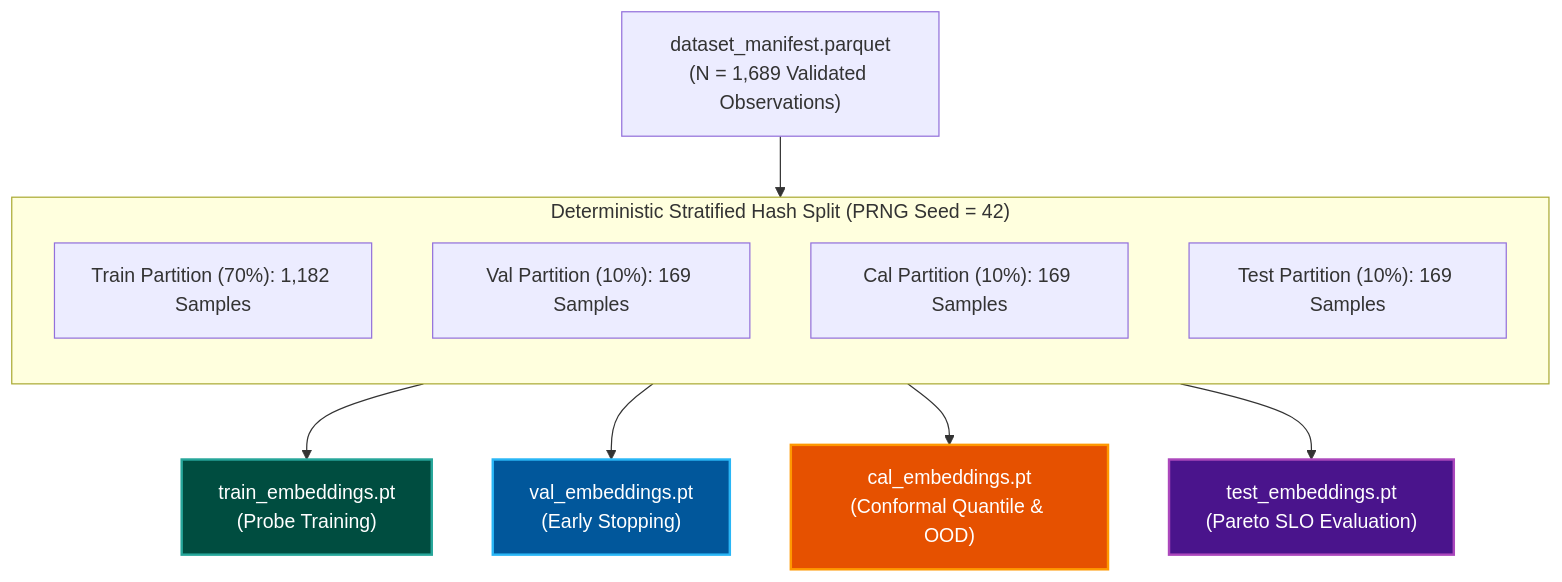
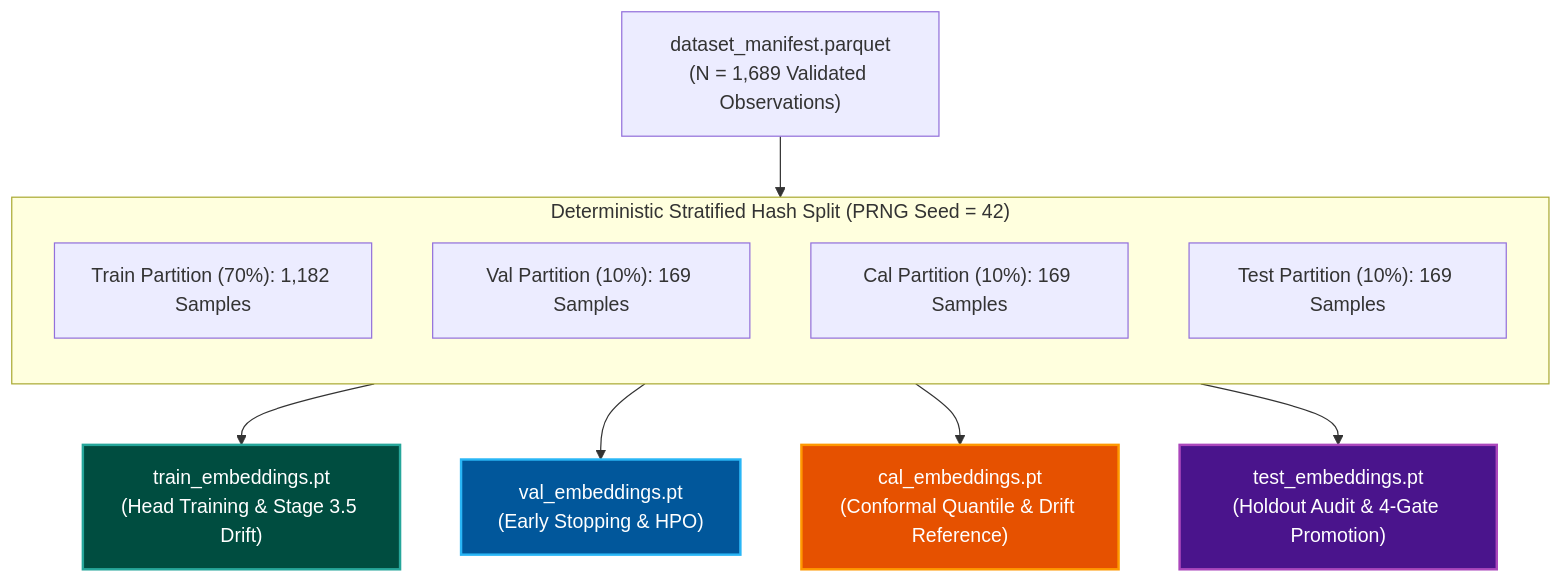
The second of 3 diagrams in docs/mlops_pipeline/storage_and_databases.md (foersben/taxon-vision-mlops), drawn with Mermaid before and after one commit. The commit also changed other lines of this file and 26 other files, not shown here.

````diff
--- a/docs/mlops_pipeline/storage_and_databases.md
+++ b/docs/mlops_pipeline/storage_and_databases.md
@@ -104,24 +206,24 @@
 ```mermaid
 flowchart TD
     D["dataset_manifest.parquet<br/>(N = 1,689 Validated Observations)"]
 
     subgraph StratSplit["Deterministic Stratified Hash Split (PRNG Seed = 42)"]
         direction TB
         T["Train Partition (70%): 1,182 Samples"]
         V["Val Partition (10%): 169 Samples"]
         C["Cal Partition (10%): 169 Samples"]
         E["Test Partition (10%): 169 Samples"]
     end
 
     D --> StratSplit
 
-    T --> T_PT["train_embeddings.pt<br/>(Probe Training)"]
-    V --> V_PT["val_embeddings.pt<br/>(Early Stopping)"]
-    C --> C_PT["cal_embeddings.pt<br/>(Conformal Quantile & OOD)"]
-    E --> E_PT["test_embeddings.pt<br/>(Pareto SLO Evaluation)"]
+    T --> T_PT["train_embeddings.pt<br/>(Head Training & Stage 3.5 Drift)"]
+    V --> V_PT["val_embeddings.pt<br/>(Early Stopping & HPO)"]
+    C --> C_PT["cal_embeddings.pt<br/>(Conformal Quantile & Drift Reference)"]
+    E --> E_PT["test_embeddings.pt<br/>(Holdout Audit & 4-Gate Promotion)"]
 
     style T_PT fill:#004d40,stroke:#26a69a,stroke-width:2px,color:#ffffff;
     style V_PT fill:#01579b,stroke:#29b6f6,stroke-width:2px,color:#ffffff;
     style C_PT fill:#e65100,stroke:#ff9800,stroke-width:2px,color:#ffffff;
     style E_PT fill:#4a148c,stroke:#ab47bc,stroke-width:2px,color:#ffffff;
 ```
````
